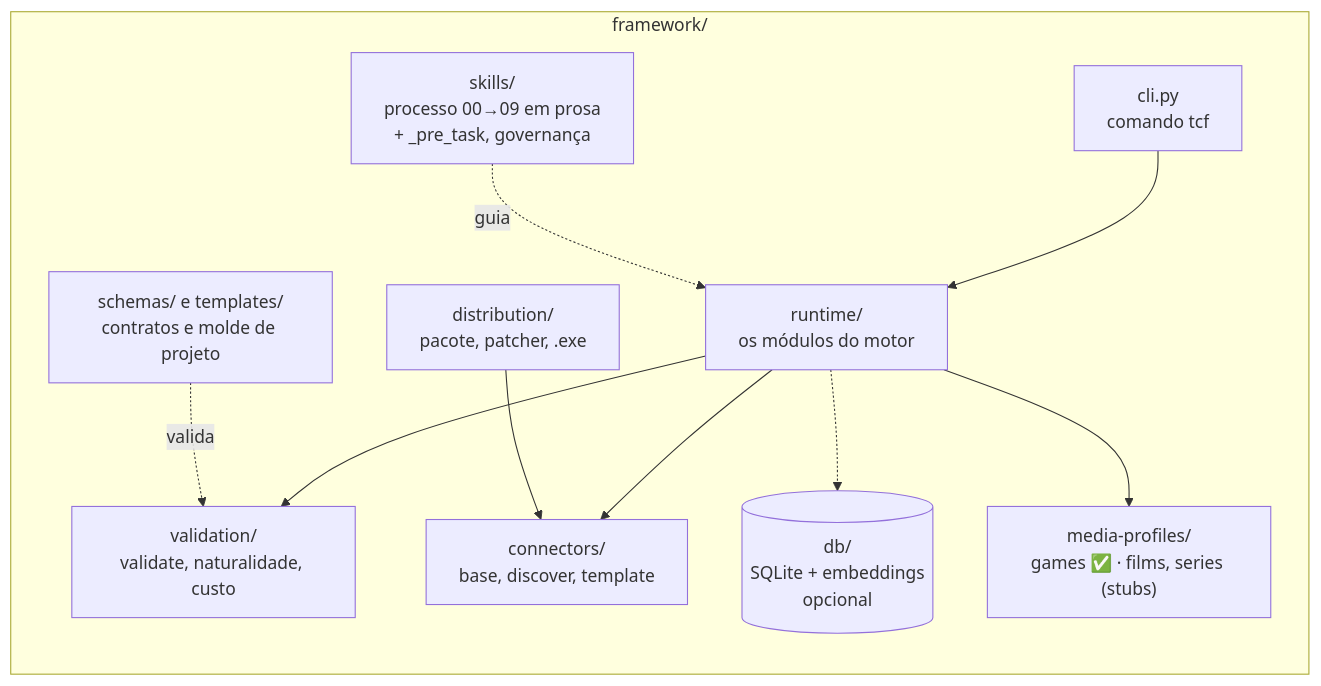
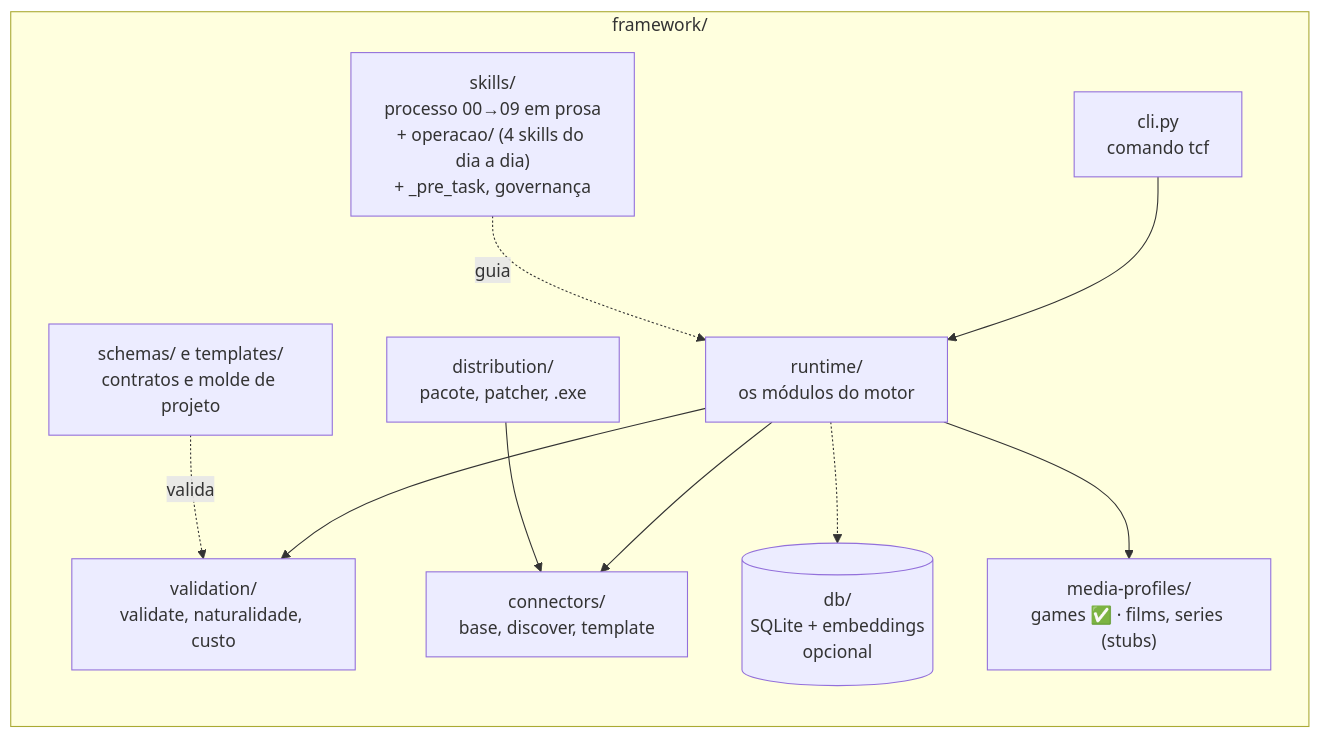
One commit to scudellerlemos/translation-cognition-framework changed the first of 3 diagrams in framework/README.md. Above: the diagram before and after it, drawn with Mermaid. The commit also changed other lines of this file and 30 other files, not shown here.

First line of the commit message:
refactor(skills): skills de operacao passam a viver em framework/skills/operacao

````diff
--- a/framework/README.md
+++ b/framework/README.md
@@ -7,22 +7,22 @@
 ```mermaid
 flowchart LR
   subgraph fw["framework/"]
-    skills["skills/<br/>processo 00→09 em prosa<br/>+ _pre_task, governança"]
+    skills["skills/<br/>processo 00→09 em prosa<br/>+ operacao/ (4 skills do dia a dia)<br/>+ _pre_task, governança"]
     runtime["runtime/<br/>os módulos do motor"]
     connectors["connectors/<br/>base, discover, template"]
     validation["validation/<br/>validate, naturalidade, custo"]
     db[("db/<br/>SQLite + embeddings<br/>opcional")]
     dist["distribution/<br/>pacote, patcher, .exe"]
     media["media-profiles/<br/>games ✅ · films, series (stubs)"]
     schemas["schemas/ e templates/<br/>contratos e molde de projeto"]
     cli["cli.py<br/>comando tcf"]
   end
   cli --> runtime
   skills -. "guia" .-> runtime
   runtime --> validation
   runtime --> connectors
   runtime -.-> db
   runtime --> media
   schemas -. "valida" .-> validation
   dist --> connectors
 ```
````
